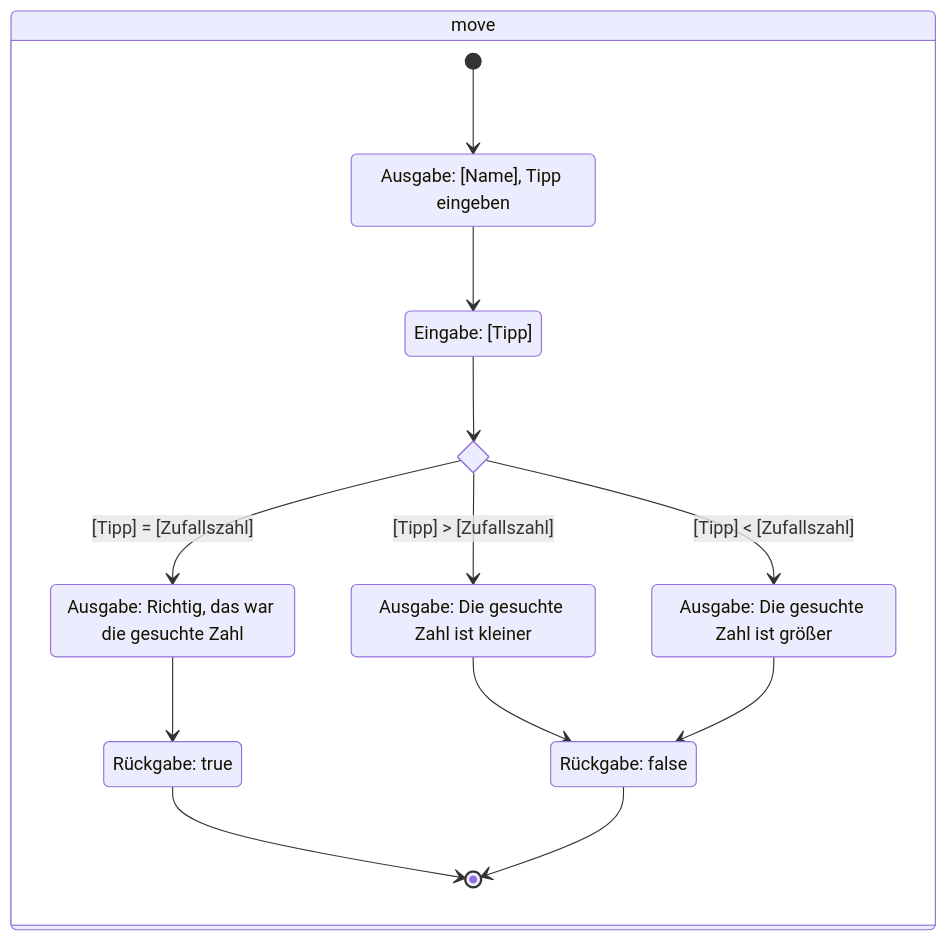
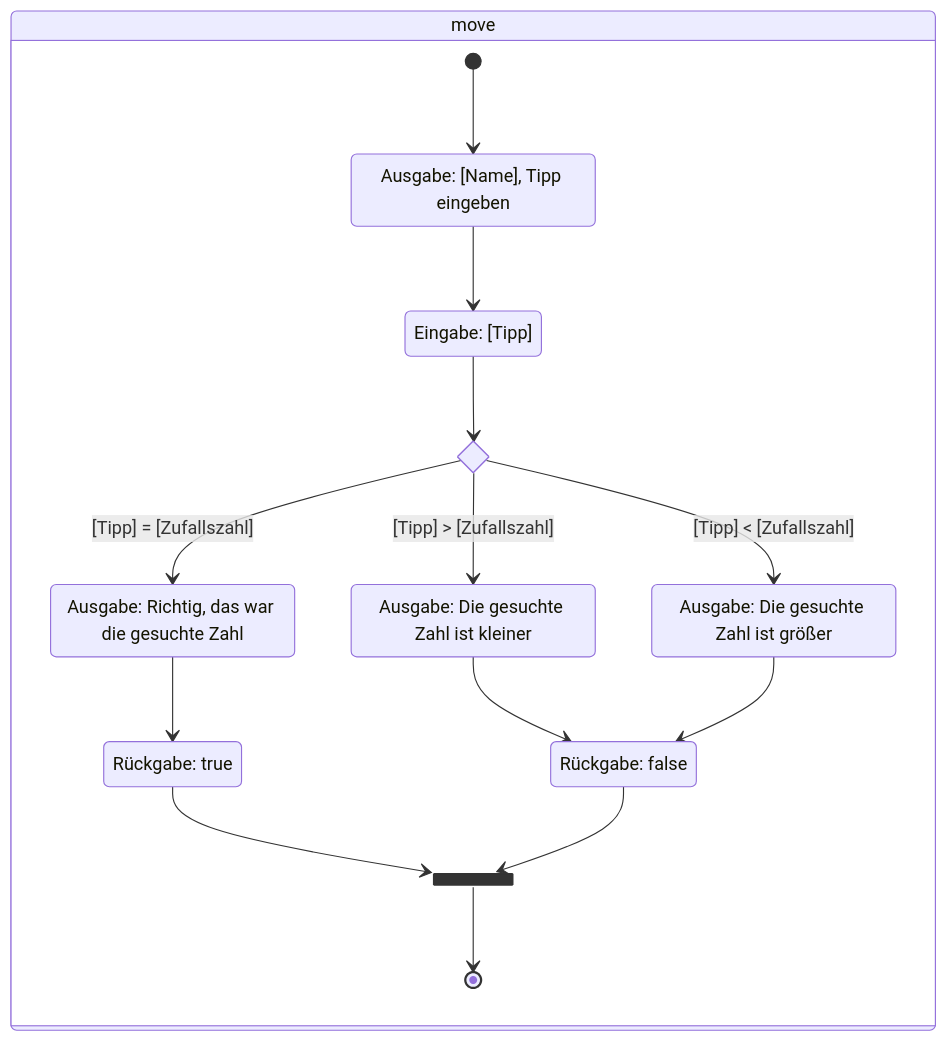
The fourth of 4 diagrams in docs/exercises/activity-diagrams/activity-diagrams01.mdx (jappuccini/java-docs), drawn with Mermaid before and after one commit. The commit also changed other lines of this file, not shown here.

Commit message:
Update Activity Diagrams Exercise 1

````diff
--- a/docs/exercises/activity-diagrams/activity-diagrams01.mdx
+++ b/docs/exercises/activity-diagrams/activity-diagrams01.mdx
@@ -70,25 +72,27 @@
 ```mermaid
 stateDiagram-v2
     state "Ausgabe: [Name], Tipp eingeben" as state1
     state "Eingabe: [Tipp]" as state2
     state "Ausgabe: Richtig, das war die gesuchte Zahl" as state3
     state "Rückgabe: true" as state4
     state "Ausgabe: Die gesuchte Zahl ist kleiner" as state5
     state "Ausgabe: Die gesuchte Zahl ist größer" as state6
     state "Rückgabe: false" as state7
     state if <<choice>>
+    state fork <<fork>>
 
     state move {
         [*] --> state1
         state1 --> state2
         state2 --> if
         if --> state3 : [Tipp] = [Zufallszahl]
         if --> state5 : [Tipp] > [Zufallszahl]
         if --> state6 : [Tipp] < [Zufallszahl]
         state3 --> state4
-        state4 --> [*]
+        state4 --> fork
         state5 --> state7
         state6 --> state7
-        state7 --> [*]
+        state7 --> fork
+        fork --> [*]
     }
 ```
````
